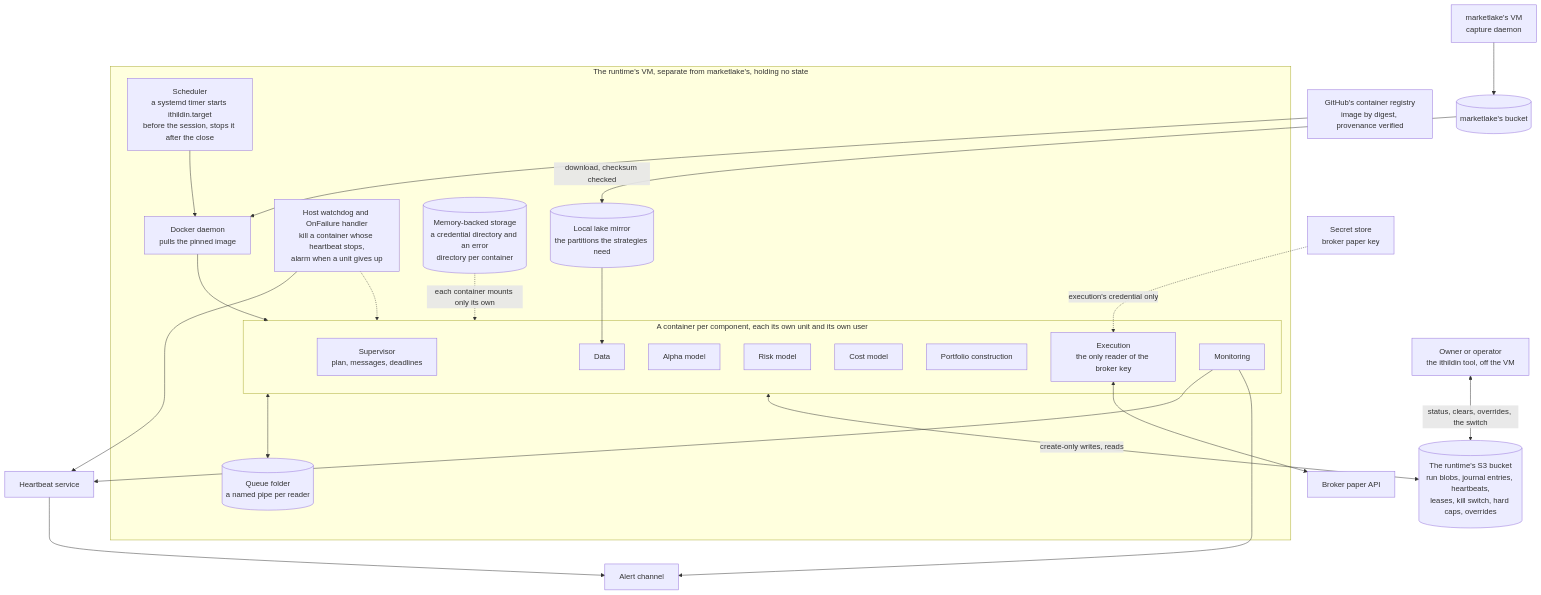
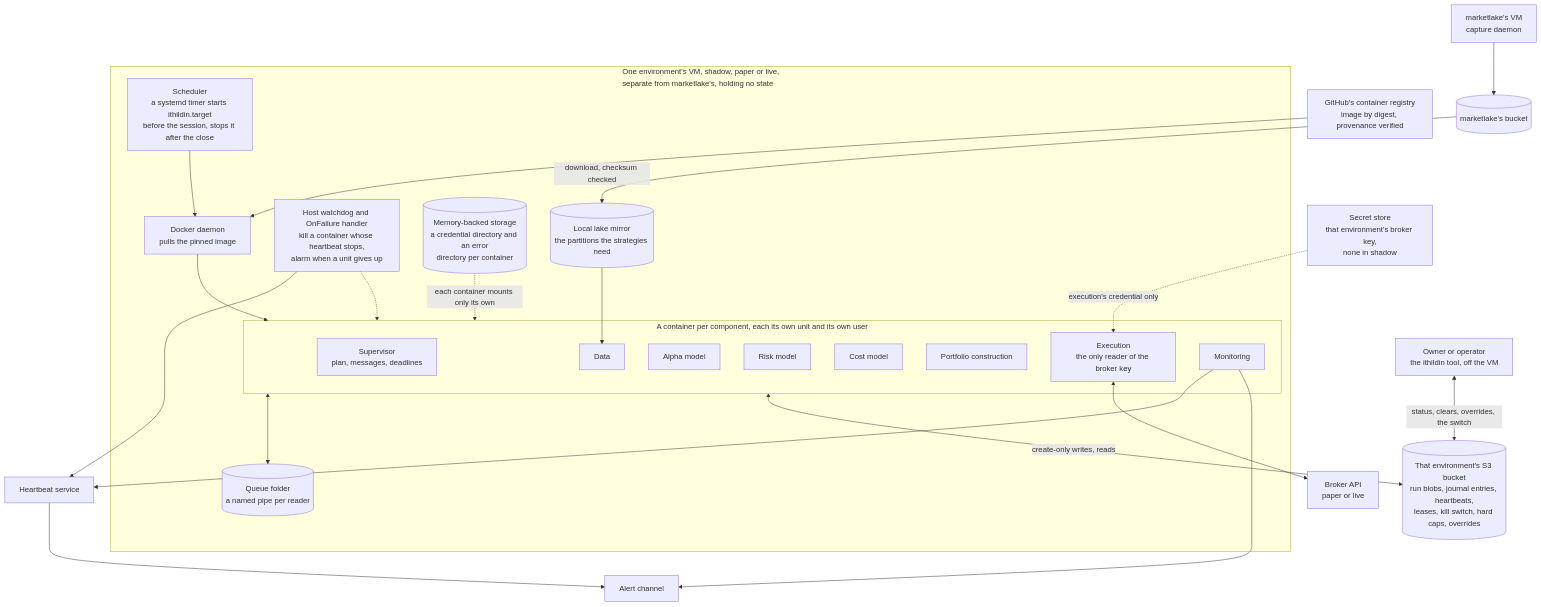
Diagram 15 of 16 in docs/architecture.md (l3a0/ithildin-runtime), drawn with Mermaid before and after one commit. The commit also changed other lines of this file and 2 other files, not shown here.

First line of the commit message:
docs(architecture): run test, shadow, paper and live in separate environments

````diff
--- a/docs/architecture.md
+++ b/docs/architecture.md
@@ -1785,47 +1783,47 @@
 ```mermaid
 flowchart TB
-    subgraph host["The runtime's VM, separate from marketlake's, holding no state"]
+    subgraph host["One environment's VM, shadow, paper or live,<br/>separate from marketlake's, holding no state"]
         timer["Scheduler<br/>a systemd timer starts ithildin.target<br/>before the session, stops it after the close"]
         docker["Docker daemon<br/>pulls the pinned image"]
         guard["Host watchdog and OnFailure handler<br/>kill a container whose heartbeat stops,<br/>alarm when a unit gives up"]
         subgraph ctrs["A container per component, each its own unit and its own user"]
             sup["Supervisor<br/>plan, messages, deadlines"]
             data["Data"]
             alpha["Alpha model"]
             risk["Risk model"]
             cost["Cost model"]
             pc["Portfolio construction"]
             execw["Execution<br/>the only reader of the broker key"]
             mon["Monitoring"]
         end
         pipes[("Queue folder<br/>a named pipe per reader")]
         creds[("Memory-backed storage<br/>a credential directory and an error<br/>directory per container")]
         mirror[("Local lake mirror<br/>the partitions the strategies need")]
         timer --> docker --> ctrs
         guard -.-> ctrs
         ctrs <--> pipes
         creds -. "each container mounts only its own" .-> ctrs
         mirror --> data
     end
     registry["GitHub's container registry<br/>image by digest, provenance verified"]
     mlvm["marketlake's VM<br/>capture daemon"]
     lake[("marketlake's bucket")]
-    bucket[("The runtime's S3 bucket<br/>run blobs, journal entries, heartbeats,<br/>leases, kill switch, hard caps, overrides")]
-    secrets["Secret store<br/>broker paper key"]
-    broker["Broker paper API"]
+    bucket[("That environment's S3 bucket<br/>run blobs, journal entries, heartbeats,<br/>leases, kill switch, hard caps, overrides")]
+    secrets["Secret store<br/>that environment's broker key,<br/>none in shadow"]
+    broker["Broker API<br/>paper or live"]
     beat["Heartbeat service"]
     alerts["Alert channel"]
     person["Owner or operator<br/>the ithildin tool, off the VM"]
 
     registry --> docker
     mlvm --> lake
     lake -->|"download, checksum checked"| mirror
     ctrs <-->|"create-only writes, reads"| bucket
     secrets -. "execution's credential only" .-> execw
     execw <--> broker
     mon --> beat
     mon --> alerts
     guard --> beat
     beat --> alerts
     person <-->|"status, clears, overrides, the switch"| bucket
 ```
````
